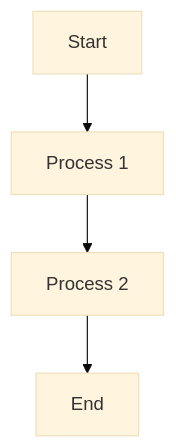
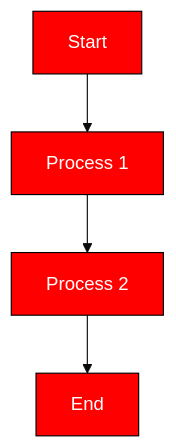
The diagram in graph.mmd (webchick/workflow-visualizer), drawn with Mermaid (base theme) before and after one commit. The commit also changed other lines of this file and 2 other files, not shown here.

```diff
--- a/graph.mmd
+++ b/graph.mmd
@@ -1,4 +1,12 @@
-graph TD;
-    e1[Start] --> e2[Process 1];
-    e2 --> e3[Process 2];
-    e3 --> e4[End];
+
+    graph TD;
+        e1[Start] --> e2[Process 1];
+        e2 --> e3[Process 2];
+        e3 --> e4[End];
+    
+class e1 active;
+class e2 active;
+class e3 active;
+class e4 active;
+
+    classDef active fill:#ff0000,stroke:#000,color:#fff;
```
